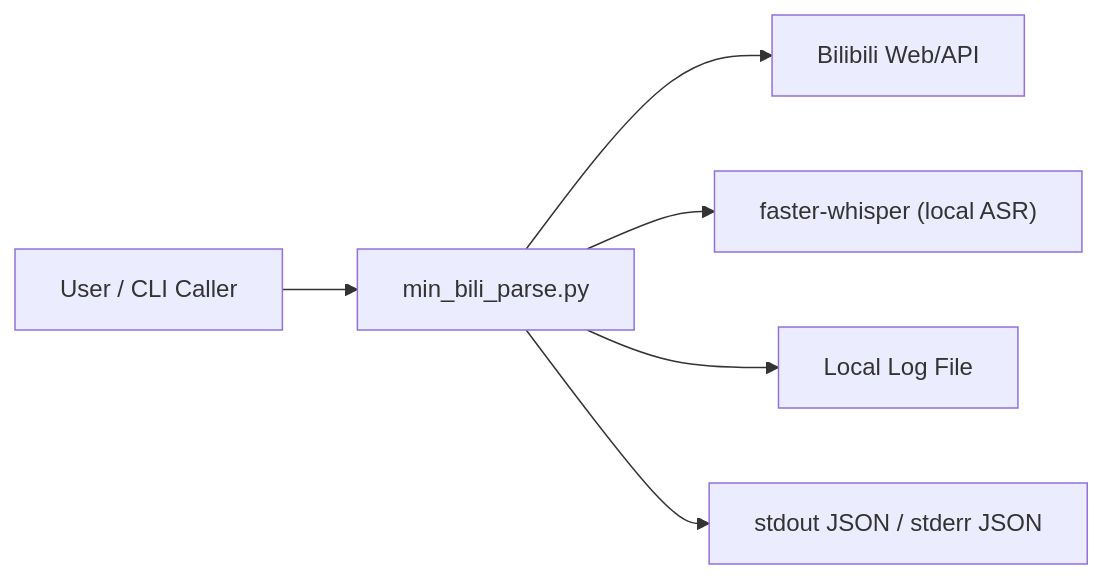
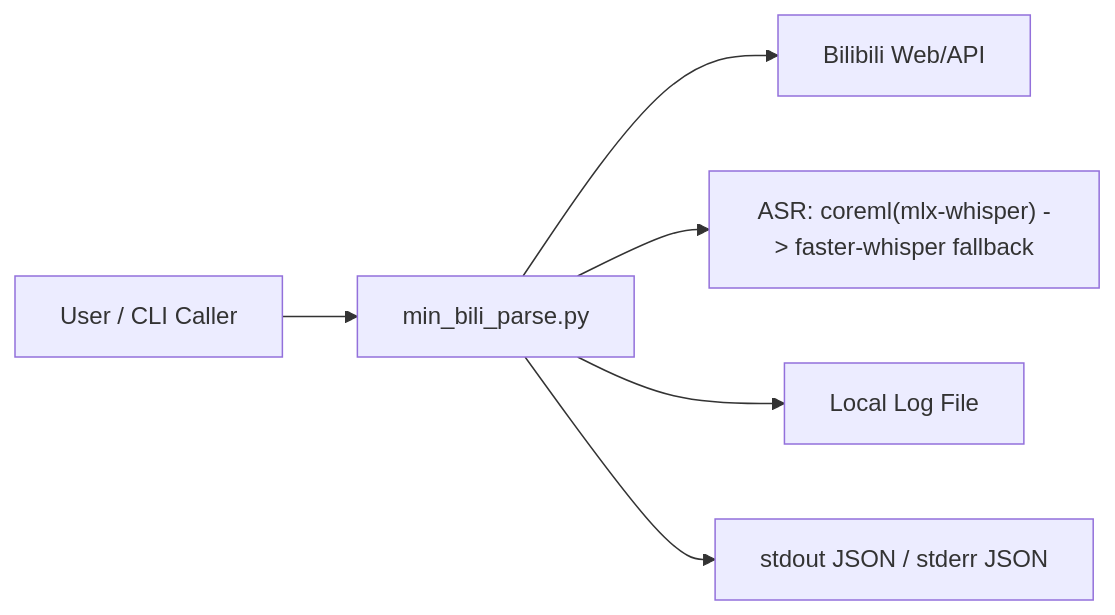
Before and after one commit to codingdog949/bili-standalone-parser: the first of 2 diagrams in README.md, drawn with Mermaid. The commit also changed other lines of this file and 2 other files, not shown here.

Commit message:
Add CoreML ASR backend with fallback and docs

````diff
--- a/README.md
+++ b/README.md
@@ -16,8 +16,8 @@
 ```mermaid
 flowchart LR
     U["User / CLI Caller"] --> P["min_bili_parse.py"]
     P --> B["Bilibili Web/API"]
-    P --> A["faster-whisper (local ASR)"]
+    P --> A["ASR: coreml(mlx-whisper) -> faster-whisper fallback"]
     P --> L["Local Log File"]
     P --> O["stdout JSON / stderr JSON"]
 ```
````
